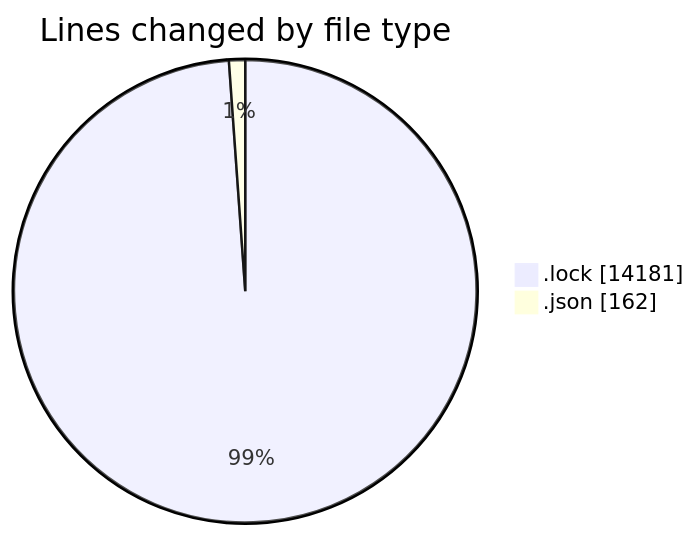
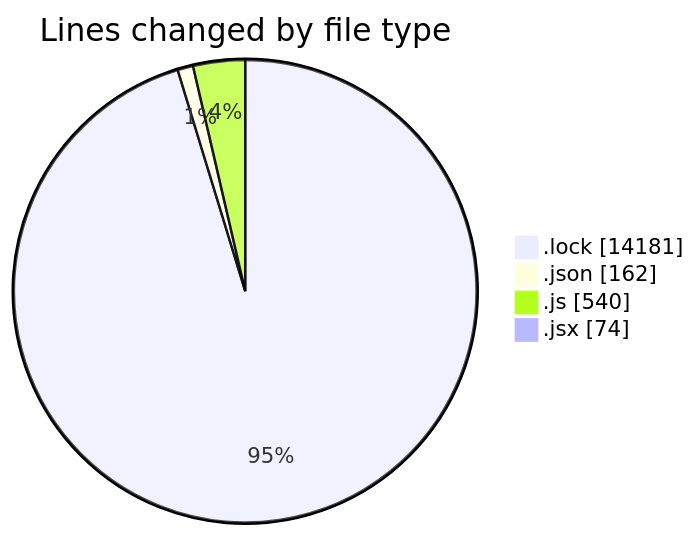
Before and after one commit to momahboobian/code-tracking: the first of 2 diagrams in 2026-01-07/cda/README.md, drawn with Mermaid. The commit also changed other lines of this file and 1 other file, not shown here.

````diff
--- a/2026-01-07/cda/README.md
+++ b/2026-01-07/cda/README.md
@@ -22,6 +30,8 @@
 ```mermaid
 pie showData
 title Lines changed by file type
 ".lock" : 14181
 ".json" : 162
+".js" : 540
+".jsx" : 74
 ```
````
